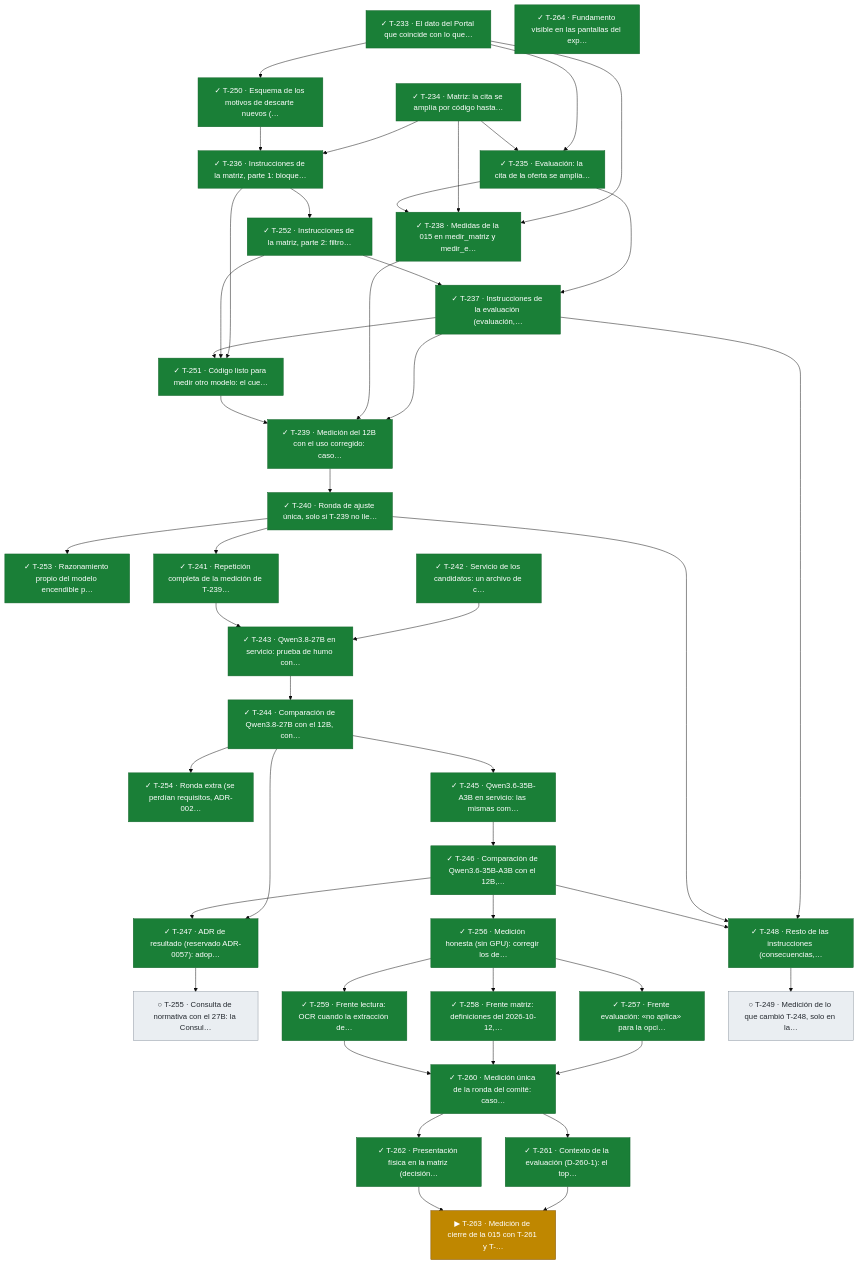
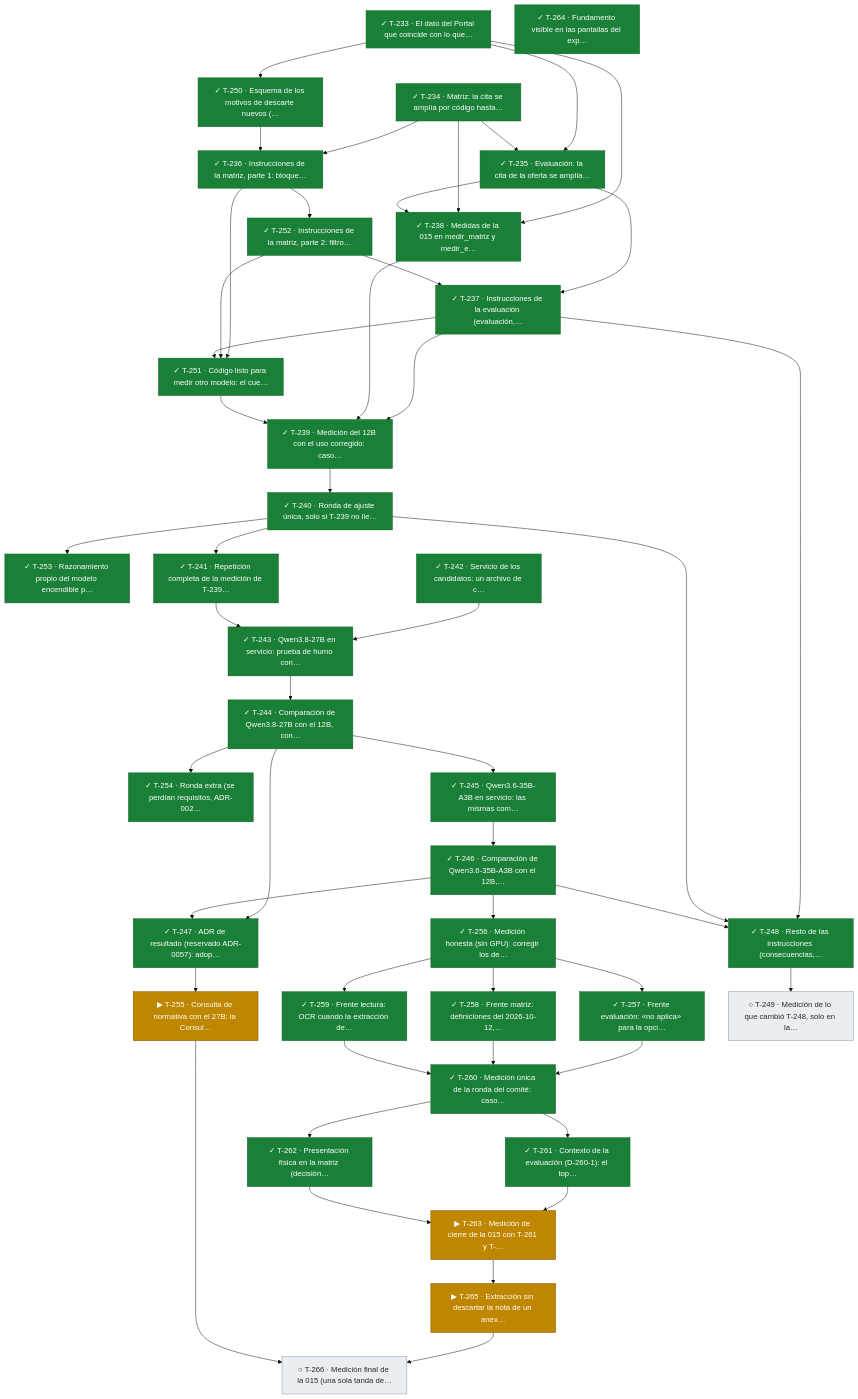
Before and after one commit to snavello/EVALUON: diagram 17 of 17 in docs/tablero.md, drawn with Mermaid (base theme). The commit also changed other lines of this file and 1 other file, not shown here.

Commit message:
gestión: T-265 (regresión de la extracción, D-263-1) y T-255 en curso; T-266 medición final de la 015

```diff
--- a/docs/tablero.md
+++ b/docs/tablero.md
@@ -1339,7 +1341,7 @@
   T252["✓ T-252 · Instrucciones de la matriz, parte 2: filtro…"]:::done
   T253["✓ T-253 · Razonamiento propio del modelo encendible p…"]:::done
   T254["✓ T-254 · Ronda extra (se perdían requisitos, ADR-002…"]:::done
-  T255["○ T-255 · Consulta de normativa con el 27B: la Consul…"]:::todo
+  T255["▶ T-255 · Consulta de normativa con el 27B: la Consul…"]:::active
   T256["✓ T-256 · Medición honesta (sin GPU): corregir los de…"]:::done
   T257["✓ T-257 · Frente evaluación: «no aplica» para la opci…"]:::done
   T258["✓ T-258 · Frente matriz: definiciones del 2026-10-12,…"]:::done
@@ -1349,6 +1351,8 @@
   T262["✓ T-262 · Presentación física en la matriz (decisión…"]:::done
   T263["▶ T-263 · Medición de cierre de la 015 con T-261 y T-…"]:::active
   T264["✓ T-264 · Fundamento visible en las pantallas del exp…"]:::done
+  T265["▶ T-265 · Extracción sin descartar la nota de un anex…"]:::active
+  T266["○ T-266 · Medición final de la 015 (una sola tanda de…"]:::todo
   T237["✓ T-237 · Instrucciones de la evaluación (evaluación,…"]:::done
   T251["✓ T-251 · Código listo para medir otro modelo: el cue…"]:::done
   T238["✓ T-238 · Medidas de la 015 en medir_matriz y medir_e…"]:::done
@@ -1383,6 +1387,9 @@
   T260 --> T262
   T261 --> T263
   T262 --> T263
+  T263 --> T265
+  T265 --> T266
+  T255 --> T266
   T235 --> T237
   T252 --> T237
   T236 --> T251
```
